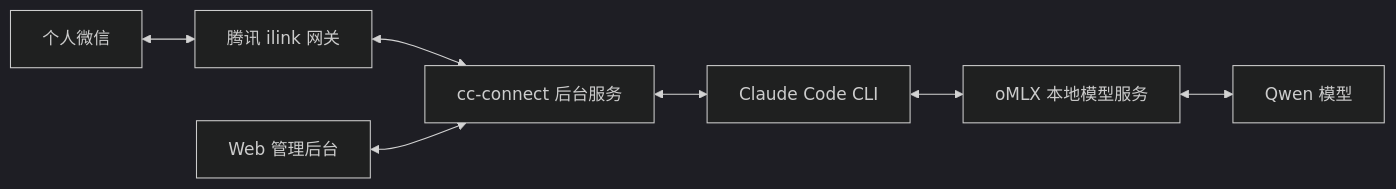
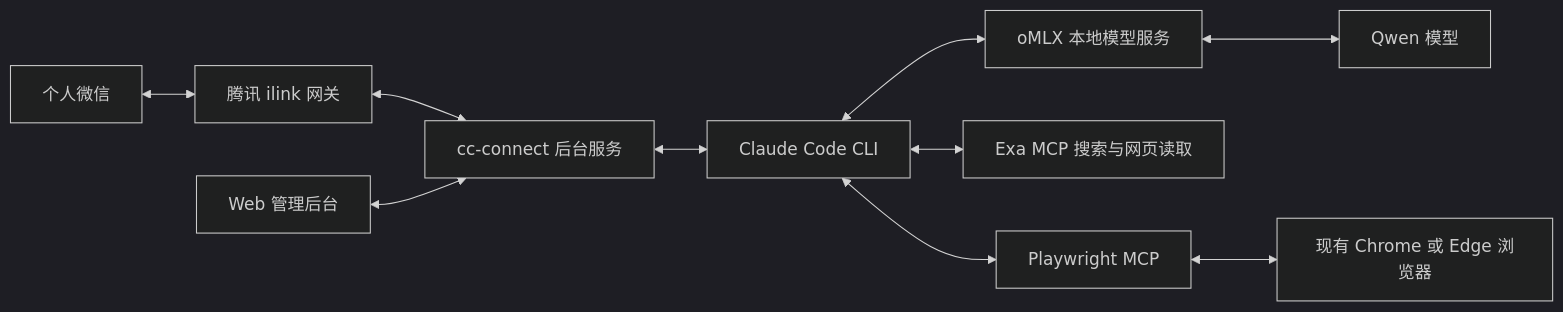
One commit to SherlockGy/dots-knowledge-archive changed the diagram in topics/ai/local_model_claude_code_cc_connect.md. Above: the diagram before and after it, drawn with Mermaid (dark theme). The commit also changed other lines of this file and 1 other file, not shown here.

Commit message:
docs: 补充 Exa 与 Playwright MCP 接入方案

````diff
--- a/topics/ai/local_model_claude_code_cc_connect.md
+++ b/topics/ai/local_model_claude_code_cc_connect.md
@@ -31,9 +33,12 @@
 ```mermaid
 flowchart LR
     U[个人微信] <--> W[腾讯 ilink 网关]
     W <--> C[cc-connect 后台服务]
     C <--> A[Claude Code CLI]
     A <--> L[oMLX 本地模型服务]
     L <--> M[Qwen 模型]
+    A <--> E[Exa MCP 搜索与网页读取]
+    A <--> P[Playwright MCP]
+    P <--> R[现有 Chrome 或 Edge 浏览器]
     B[Web 管理后台] <--> C
 ```
````
